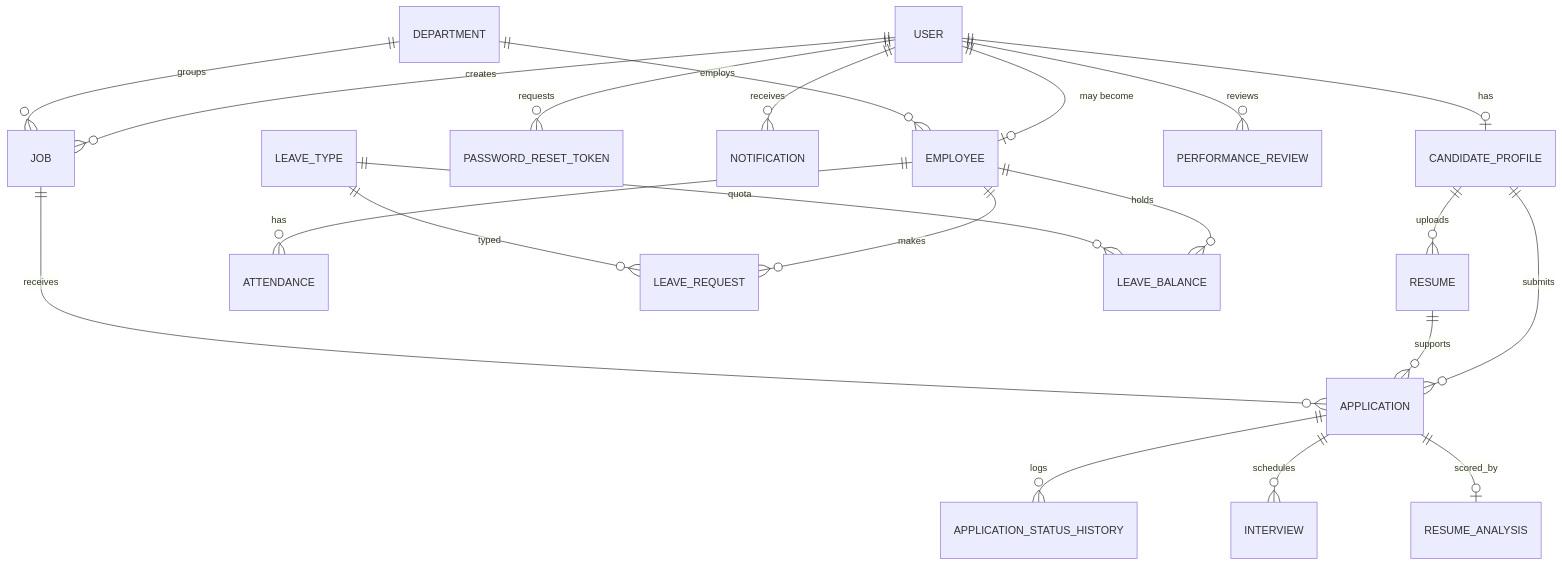
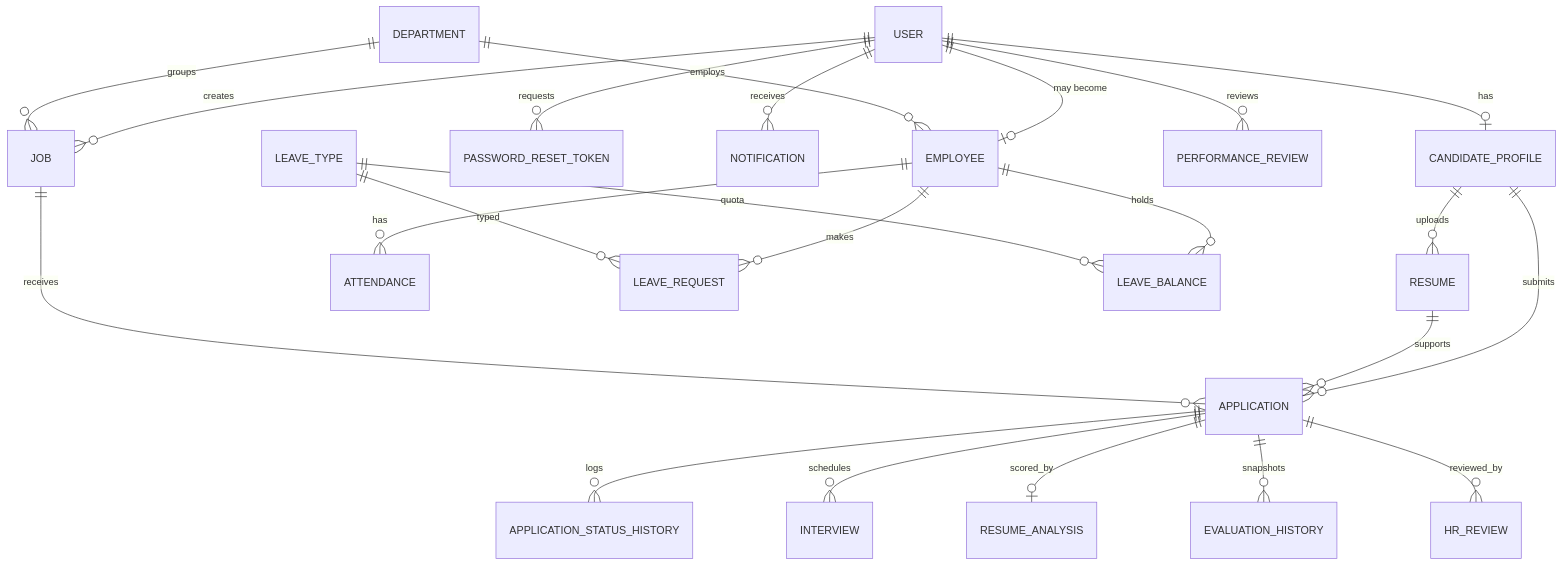
Before and after one commit to pranavi5774-lang/AI-Powered-Recruitment-System: the diagram in docs/database.md, drawn with Mermaid. The commit also changed other lines of this file and 505 other files, not shown here.

````diff
--- a/docs/database.md
+++ b/docs/database.md
@@ -46,23 +46,25 @@
 ```mermaid
 erDiagram
   USER ||--o| CANDIDATE_PROFILE : has
   USER ||--o| EMPLOYEE : "may become"
   USER ||--o{ PASSWORD_RESET_TOKEN : requests
   USER ||--o{ NOTIFICATION : receives
   USER ||--o{ JOB : creates
   USER ||--o{ PERFORMANCE_REVIEW : reviews
   CANDIDATE_PROFILE ||--o{ RESUME : uploads
   CANDIDATE_PROFILE ||--o{ APPLICATION : submits
   RESUME ||--o{ APPLICATION : supports
   JOB ||--o{ APPLICATION : receives
   DEPARTMENT ||--o{ JOB : groups
   DEPARTMENT ||--o{ EMPLOYEE : employs
   APPLICATION ||--o{ APPLICATION_STATUS_HISTORY : logs
   APPLICATION ||--o{ INTERVIEW : schedules
   APPLICATION ||--o| RESUME_ANALYSIS : scored_by
+  APPLICATION ||--o{ EVALUATION_HISTORY : snapshots
+  APPLICATION ||--o{ HR_REVIEW : reviewed_by
   EMPLOYEE ||--o{ ATTENDANCE : has
   EMPLOYEE ||--o{ LEAVE_REQUEST : makes
   EMPLOYEE ||--o{ LEAVE_BALANCE : holds
   LEAVE_TYPE ||--o{ LEAVE_REQUEST : typed
   LEAVE_TYPE ||--o{ LEAVE_BALANCE : quota
 ```
````
